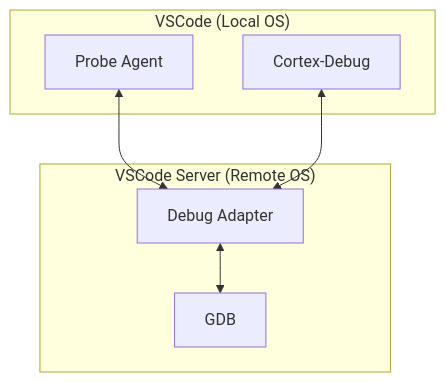
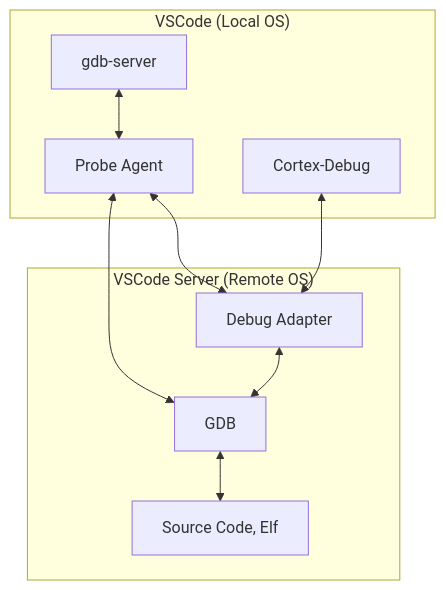
Before and after one commit to mcu-debug/mcu-debug: the diagram in docs/ARCHITECTURE.md, drawn with Mermaid. The commit also changed other lines of this file, not shown here.

````diff
--- a/docs/ARCHITECTURE.md
+++ b/docs/ARCHITECTURE.md
@@ -59,14 +59,16 @@
 ```mermaid
 flowchart TD
     subgraph "VSCode (Local OS)"
+    S["gdb-server"] <-->
     C["Probe Agent"]
     E["Cortex-Debug"]
     end
 
     subgraph "VSCode Server (Remote OS)"
-    D["Debug Adapter"] <--> GDB
+    D["Debug Adapter"] <--> GDB <--> F["Source Code, Elf"]
     end
 
     C <--> D
     E <--> D
+    GDB <--> C
 ```
````
